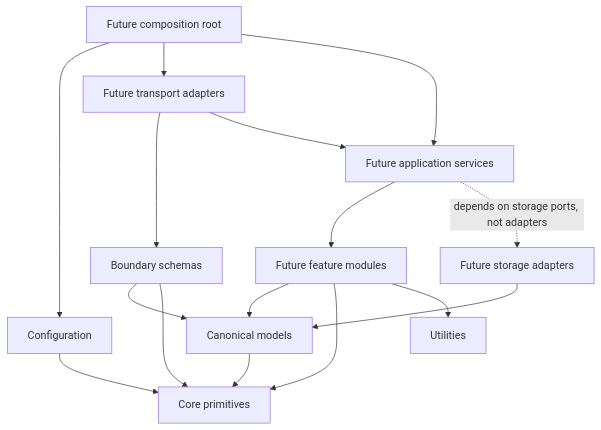
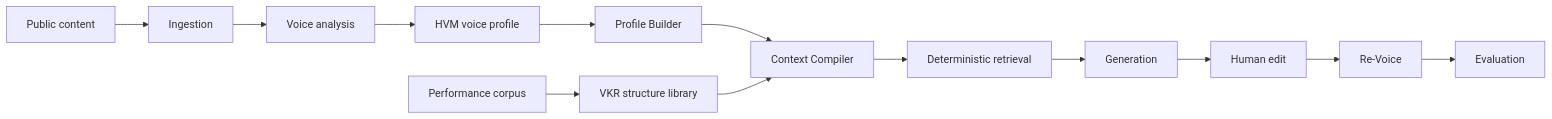
The diagram in docs/ARCHITECTURE.md (aksh08022006/ceo-voice-platform), drawn with Mermaid before and after one commit. The commit also changed other lines of this file and 13 other files, not shown here.

````diff
--- a/docs/ARCHITECTURE.md
+++ b/docs/ARCHITECTURE.md
@@ -29,18 +10,15 @@
 ```mermaid
-flowchart TD
-    A["Future transport adapters"] --> B["Boundary schemas"]
-    A --> S["Future application services"]
-    S --> F["Future feature modules"]
-    B --> M["Canonical models"]
-    F --> M
-    F --> C["Core primitives"]
-    F --> U["Utilities"]
-    B --> C
-    M --> C
-    CFG["Configuration"] --> C
-    BOOT["Future composition root"] --> CFG
-    BOOT --> A
-    BOOT --> S
-    ST["Future storage adapters"] --> M
-    S -. "depends on storage ports, not adapters" .-> ST
+flowchart LR
+    A["Public content"] --> B["Ingestion"]
+    B --> C["Voice analysis"]
+    C --> D["HVM voice profile"]
+    D --> E["Profile Builder"]
+    S["Performance corpus"] --> V["VKR structure library"]
+    E --> F["Context Compiler"]
+    V --> F
+    F --> G["Deterministic retrieval"]
+    G --> H["Generation"]
+    H --> I["Human edit"]
+    I --> J["Re-Voice"]
+    J --> K["Evaluation"]
 ```
````
